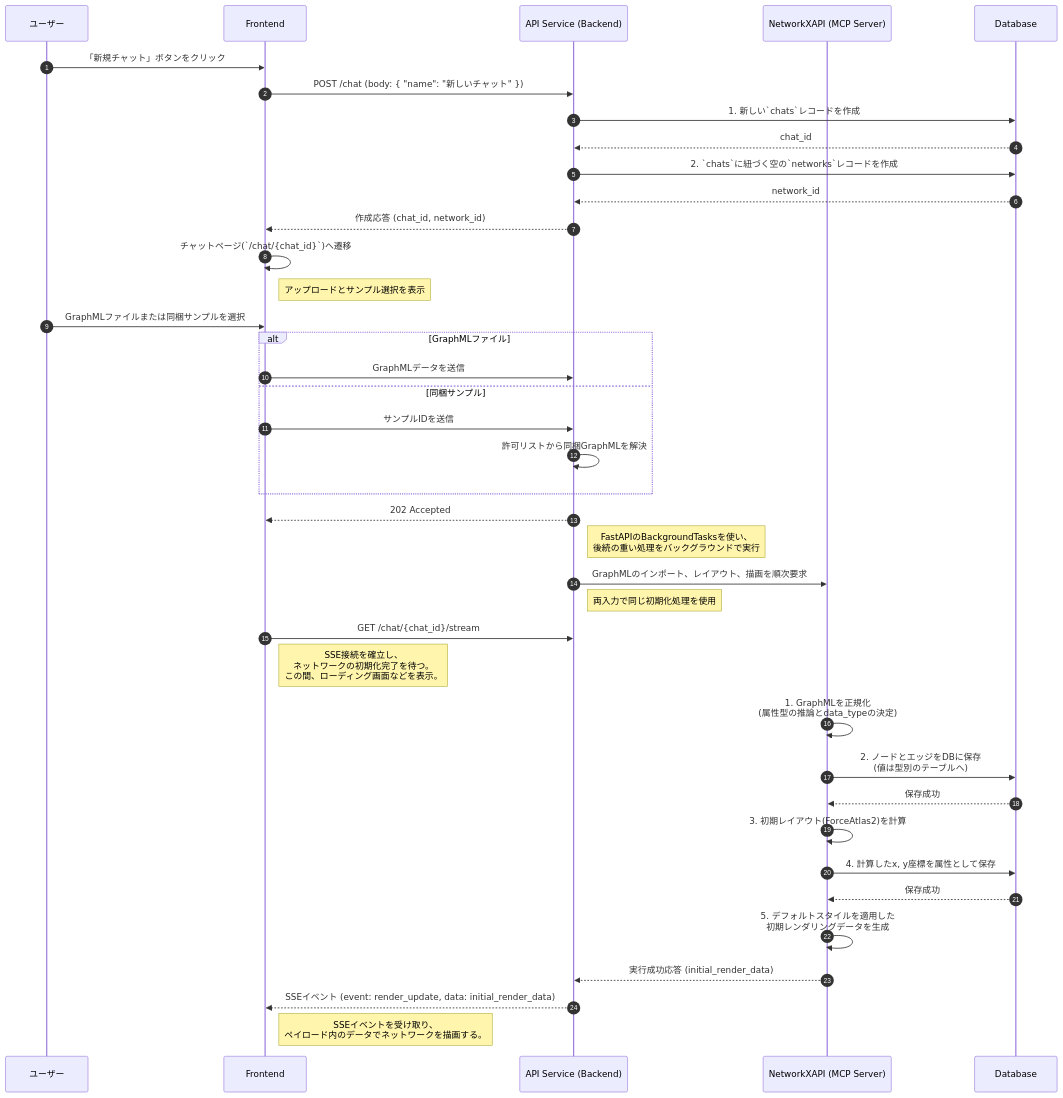
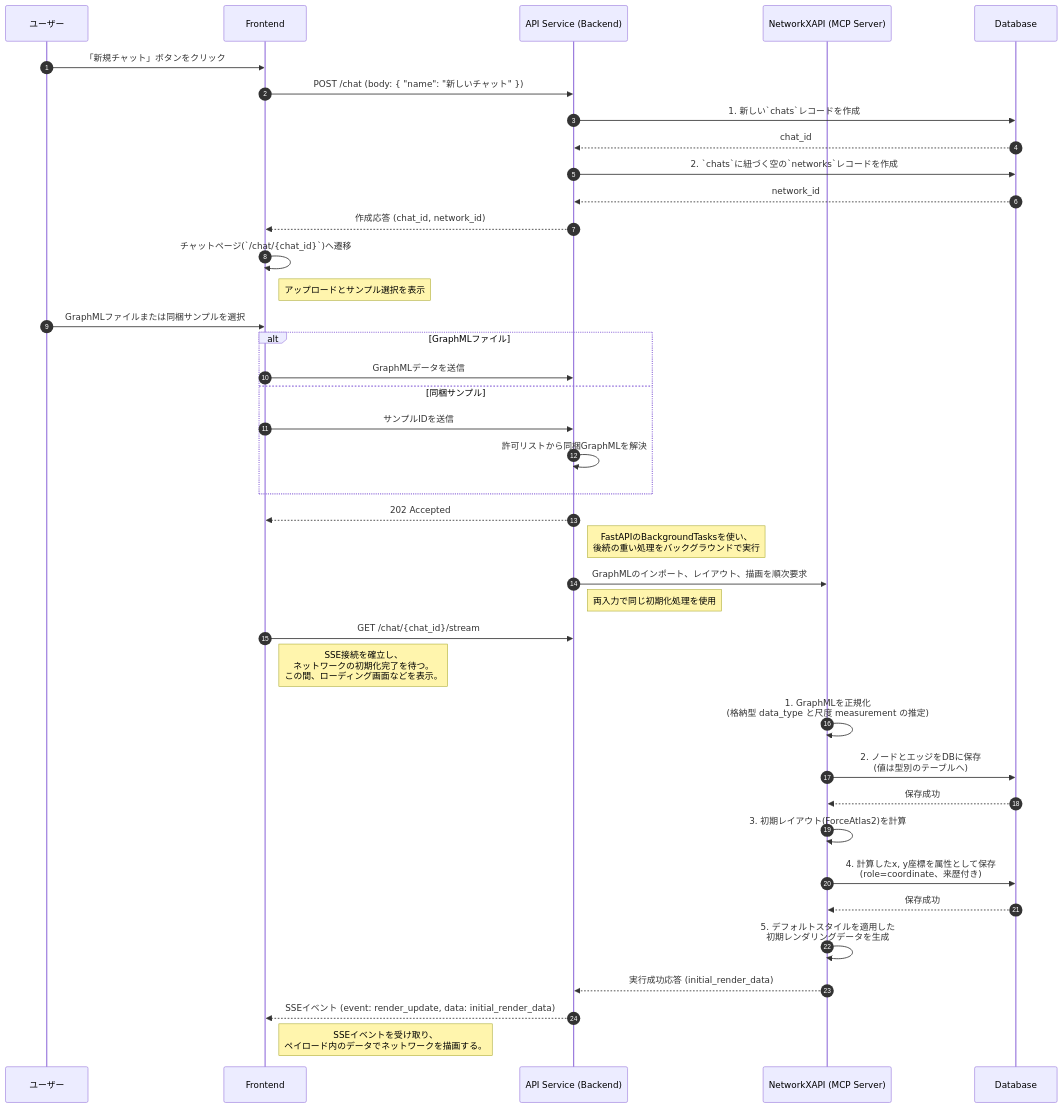
Before and after one commit to vdslab/LLMGraphvis: the first of 13 diagrams in specification/2_Technical_Details/6_Core_Workflows.md, drawn with Mermaid. The commit also changed 9 other files, not shown here.

First line of the commit message:
docs: document attribute semantics and replace the hand-drawn ER diagram

````diff
--- a/specification/2_Technical_Details/6_Core_Workflows.md
+++ b/specification/2_Technical_Details/6_Core_Workflows.md
@@ -22,53 +22,53 @@
 ```mermaid
 sequenceDiagram
     autonumber
     participant U as ユーザー
     participant F as Frontend
     participant B as API Service (Backend)
     participant N as NetworkXAPI (MCP Server)
     participant DB as Database
 
     %% Step 1: User creates a new chat
     U->>F: 「新規チャット」ボタンをクリック
     F->>B: POST /chat (body: { "name": "新しいチャット" })
     B->>DB: 1. 新しい`chats`レコードを作成
     DB-->>B: chat_id
     B->>DB: 2. `chats`に紐づく空の`networks`レコードを作成
     DB-->>B: network_id
     B-->>F: 作成応答 (chat_id, network_id)
 
     %% Step 2: Frontend navigates and user chooses an input
     F->>F: チャットページ(`/chat/{chat_id}`)へ遷移
     note right of F: アップロードとサンプル選択を表示
     U->>F: GraphMLファイルまたは同梱サンプルを選択
     alt GraphMLファイル
         F->>B: GraphMLデータを送信
     else 同梱サンプル
         F->>B: サンプルIDを送信
         B->>B: 許可リストから同梱GraphMLを解決
     end
 
     %% Step 3: Backend accepts the request and starts background task
     B-->>F: 202 Accepted
     note right of B: FastAPIのBackgroundTasksを使い、<br/>後続の重い処理をバックグラウンドで実行
     B->>N: GraphMLのインポート、レイアウト、描画を順次要求
     note right of B: 両入力で同じ初期化処理を使用
 
     %% Step 4: Frontend waits for SSE event
     F->>B: GET /chat/{chat_id}/stream
     note right of F: SSE接続を確立し、<br/>ネットワークの初期化完了を待つ。<br/>この間、ローディング画面などを表示。
 
     %% Step 5: Background processing in NetworkXAPI
-    N->>N: 1. GraphMLを正規化<br/>(属性型の推論とdata_typeの決定)
+    N->>N: 1. GraphMLを正規化<br/>(格納型 data_type と尺度 measurement の推定)
     N->>DB: 2. ノードとエッジをDBに保存<br/>(値は型別のテーブルへ)
     DB-->>N: 保存成功
     N->>N: 3. 初期レイアウト(ForceAtlas2)を計算
-    N->>DB: 4. 計算したx, y座標を属性として保存
+    N->>DB: 4. 計算したx, y座標を属性として保存<br/>(role=coordinate、来歴付き)
     DB-->>N: 保存成功
     N->>N: 5. デフォルトスタイルを適用した<br/>初期レンダリングデータを生成
     N-->>B: 実行成功応答 (initial_render_data)
 
     %% Step 6: Backend forwards the initial data via SSE
     B-->>F: SSEイベント (event: render_update, data: initial_render_data)
     note right of F: SSEイベントを受け取り、<br/>ペイロード内のデータでネットワークを描画する。
 ```
````
